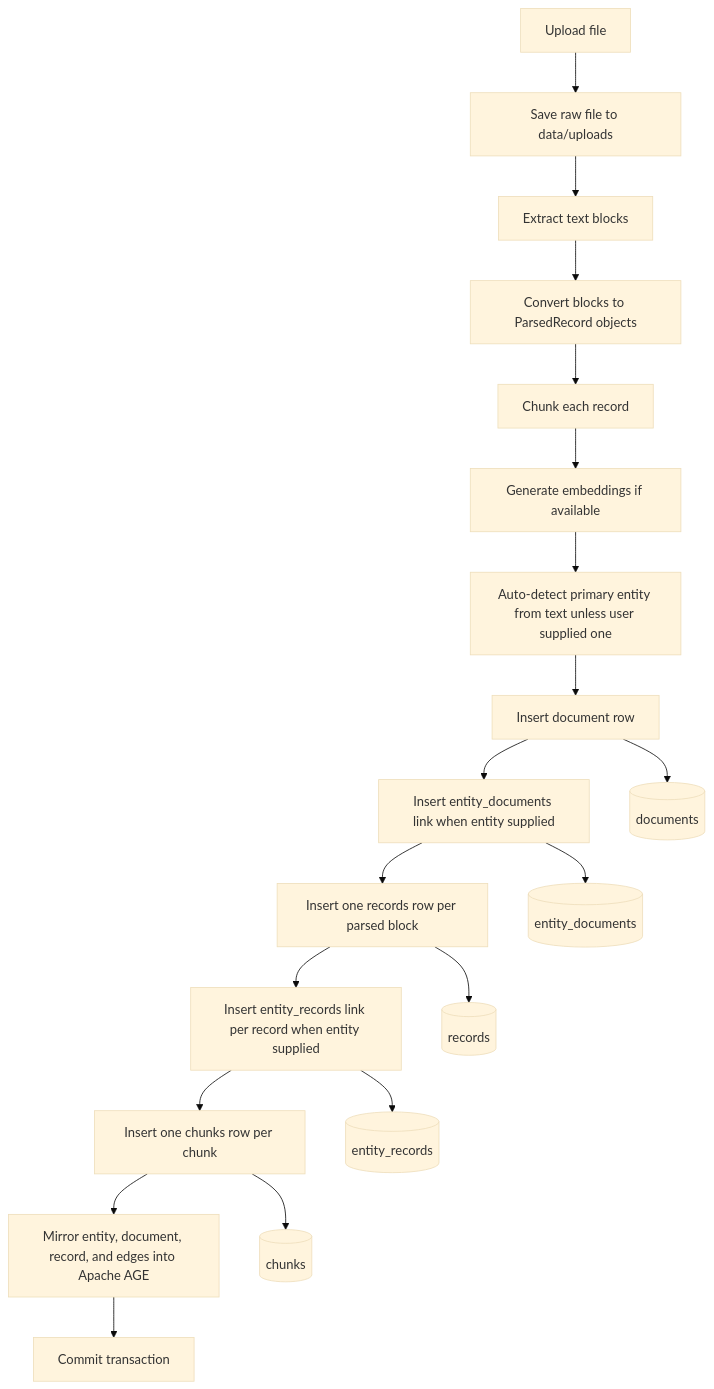
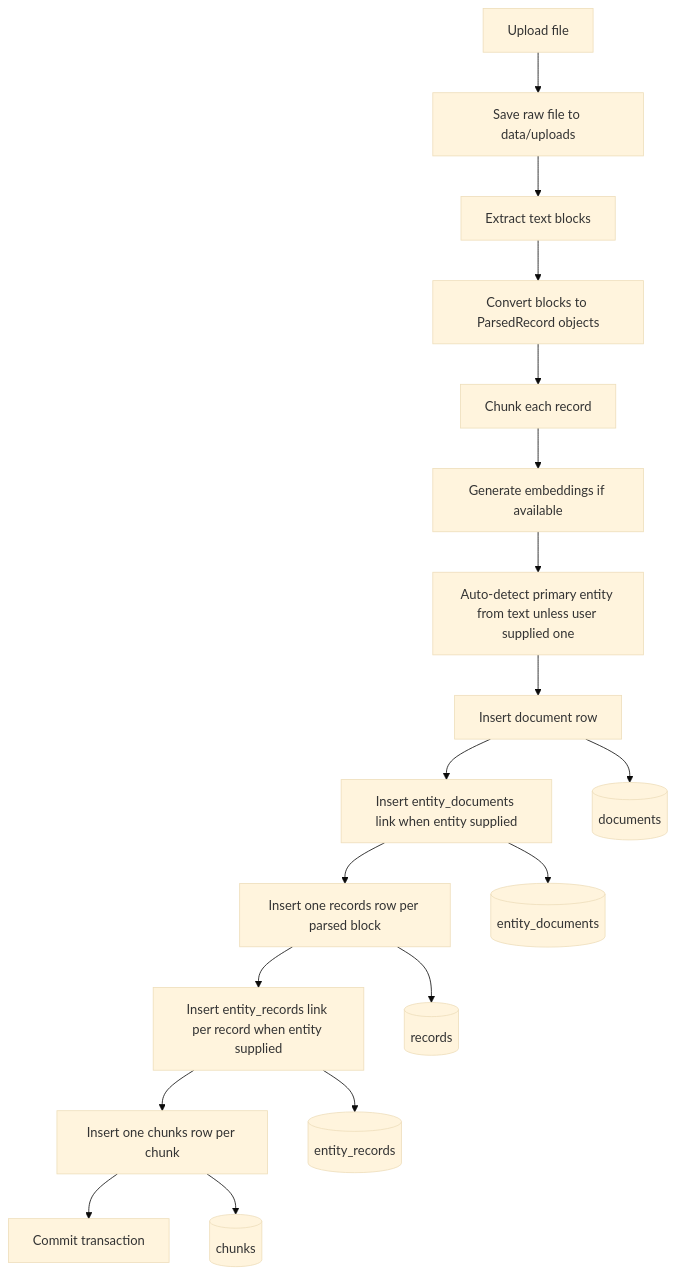
One commit to shreyas-dhakal/ndis_mvp changed the third of 10 diagrams in agents/DB_FLOW.md. Above: the diagram before and after it, drawn with Mermaid (base theme). The commit also changed other lines of this file and 18 other files, not shown here.

````diff
--- a/agents/DB_FLOW.md
+++ b/agents/DB_FLOW.md
@@ -174,22 +174,21 @@
 ```mermaid
 flowchart TD
     A[Upload file] --> B[Save raw file to data/uploads]
     B --> C[Extract text blocks]
     C --> D[Convert blocks to ParsedRecord objects]
     D --> E[Chunk each record]
     E --> F[Generate embeddings if available]
     F --> G[Auto-detect primary entity from text unless user supplied one]
     G --> H[Insert document row]
     H --> I[Insert entity_documents link when entity supplied]
     I --> J[Insert one records row per parsed block]
     J --> K[Insert entity_records link per record when entity supplied]
     K --> L[Insert one chunks row per chunk]
-    L --> M[Mirror entity, document, record, and edges into Apache AGE]
-    M --> N[Commit transaction]
+    L --> M[Commit transaction]
 
     H --> O[(documents)]
     J --> P[(records)]
     L --> Q[(chunks)]
     I --> R[(entity_documents)]
     K --> S[(entity_records)]
 ```
````
